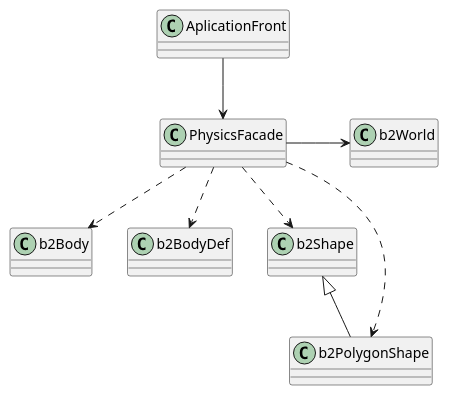
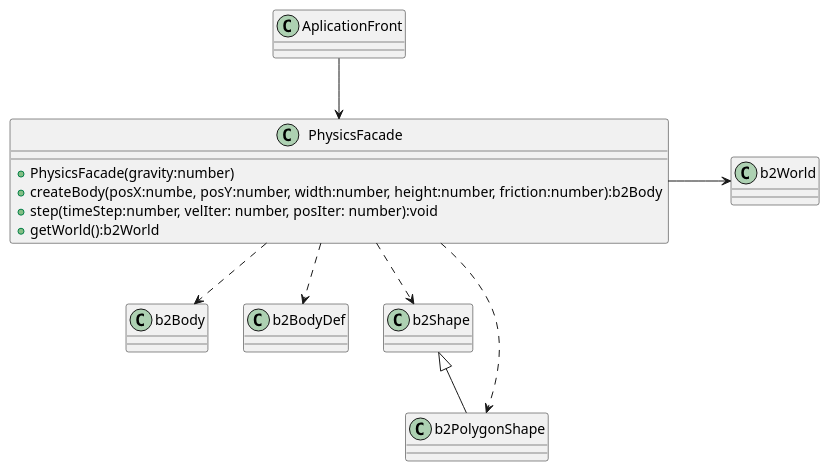
One commit to AbrahamOsco/DsPatterns changed the diagram in diagrams/Facade/iteration1.puml. Above: the diagram before and after it, drawn with PlantUML. The commit also changed 26 other files, not shown here.

Commit message:
add pattern decorator and proxy, refactor in facade diagrams

```diff
--- a/diagrams/Facade/iteration1.puml
+++ b/diagrams/Facade/iteration1.puml
@@ -1,36 +1,39 @@
 @startuml
 
 class b2World{
 
 }
 
 class  b2Body{
 }
 
 class b2BodyDef{
 }
 
 class b2Shape{
 }
 
 class b2PolygonShape{
 
 }
 
 class PhysicsFacade{
-
+    +PhysicsFacade(gravity:number)
+    +createBody(posX:numbe, posY:number, width:number, height:number, friction:number):b2Body
+    +step(timeStep:number, velIter: number, posIter: number):void
+    +getWorld():b2World
 }
 class AplicationFront{
 
 }
 
 AplicationFront --> PhysicsFacade
 PhysicsFacade -> b2World: "        "
 b2Shape <|-- b2PolygonShape
 PhysicsFacade ..> b2Shape
 PhysicsFacade ..> b2PolygonShape
 PhysicsFacade ..> b2BodyDef
 PhysicsFacade ..> b2Body
 
 
 @enduml
```
